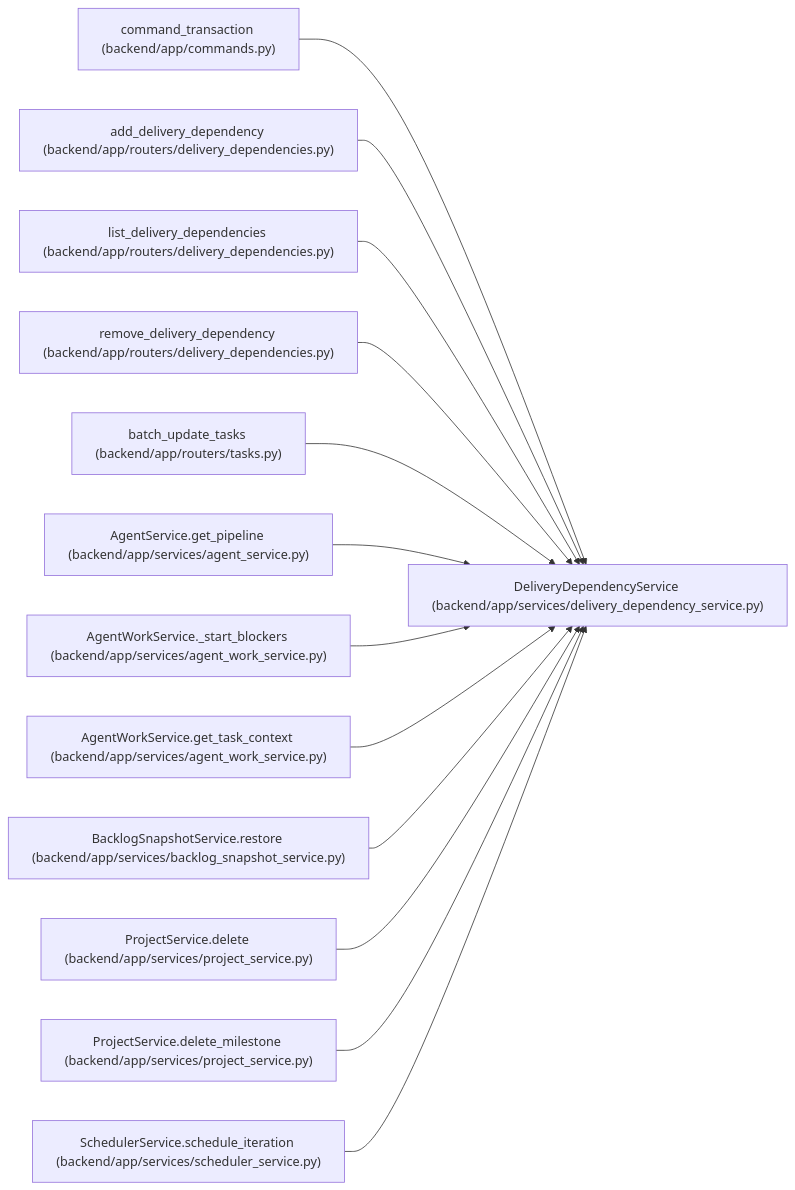
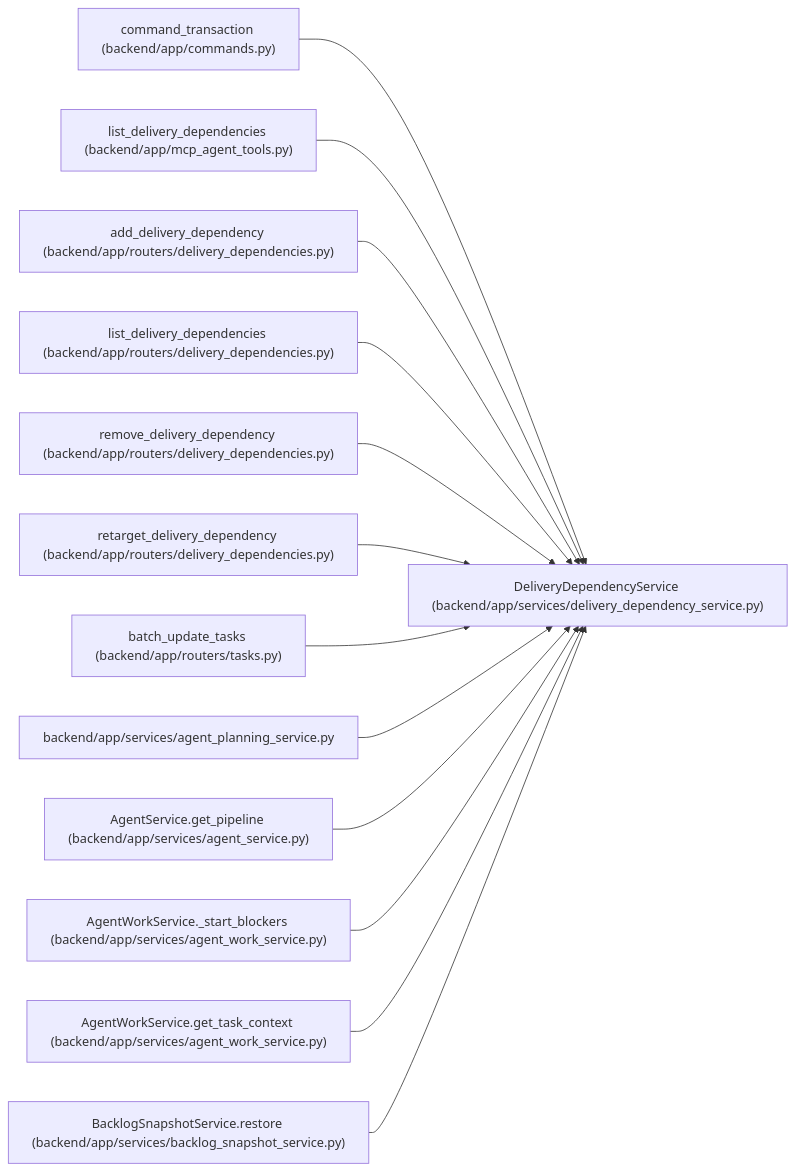
Before and after one commit to Denissvgn/WorkChord: the diagram in docs/llm_wiki/entities/DeliveryDependencyService.md, drawn with Mermaid. The commit also changed other lines of this file and 1420 other files, not shown here.

First line of the commit message:
Refresh the architectural wiki for the 1.10.0 changes

````diff
--- a/docs/llm_wiki/entities/DeliveryDependencyService.md
+++ b/docs/llm_wiki/entities/DeliveryDependencyService.md
@@ -38,41 +40,41 @@
 ```mermaid
 flowchart LR
     n0["DeliveryDependencyService (backend/app/services/delivery_dependency_service.py)"]
     n1["command_transaction (backend/app/commands.py)"]
-    n2["add_delivery_dependency (backend/app/routers/delivery_dependencies.py)"]
-    n3["list_delivery_dependencies (backend/app/routers/delivery_dependencies.py)"]
-    n4["remove_delivery_dependency (backend/app/routers/delivery_dependencies.py)"]
-    n5["batch_update_tasks (backend/app/routers/tasks.py)"]
-    n6["AgentService.get_pipeline (backend/app/services/agent_service.py)"]
-    n7["AgentWorkService._start_blockers (backend/app/services/agent_work_service.py)"]
-    n8["AgentWorkService.get_task_context (backend/app/services/agent_work_service.py)"]
-    n9["BacklogSnapshotService.restore (backend/app/services/backlog_snapshot_service.py)"]
-    n10["ProjectService.delete (backend/app/services/project_service.py)"]
-    n11["ProjectService.delete_milestone (backend/app/services/project_service.py)"]
-    n12["SchedulerService.schedule_iteration (backend/app/services/scheduler_service.py)"]
+    n2["list_delivery_dependencies (backend/app/mcp_agent_tools.py)"]
+    n3["add_delivery_dependency (backend/app/routers/delivery_dependencies.py)"]
+    n4["list_delivery_dependencies (backend/app/routers/delivery_dependencies.py)"]
+    n5["remove_delivery_dependency (backend/app/routers/delivery_dependencies.py)"]
+    n6["retarget_delivery_dependency (backend/app/routers/delivery_dependencies.py)"]
+    n7["batch_update_tasks (backend/app/routers/tasks.py)"]
+    n8["backend/app/services/agent_planning_service.py"]
+    n9["AgentService.get_pipeline (backend/app/services/agent_service.py)"]
+    n10["AgentWorkService._start_blockers (backend/app/services/agent_work_service.py)"]
+    n11["AgentWorkService.get_task_context (backend/app/services/agent_work_service.py)"]
+    n12["BacklogSnapshotService.restore (backend/app/services/backlog_snapshot_service.py)"]
     n1 --> n0
     n2 --> n0
     n3 --> n0
     n4 --> n0
     n5 --> n0
     n6 --> n0
     n7 --> n0
     n8 --> n0
     n9 --> n0
     n10 --> n0
     n11 --> n0
     n12 --> n0
     click n0 "../modules/delivery_dependency_service.md"
     click n1 "../modules/commands.md"
-    click n2 "../modules/delivery_dependencies.md"
+    click n2 "../modules/mcp_agent_tools.md"
     click n3 "../modules/delivery_dependencies.md"
     click n4 "../modules/delivery_dependencies.md"
-    click n5 "../modules/tasks.md"
-    click n6 "../modules/agent_service.md"
-    click n7 "../modules/agent_work_service.md"
-    click n8 "../modules/agent_work_service.md"
-    click n9 "../modules/backlog_snapshot_service.md"
-    click n10 "../modules/project_service.md"
-    click n11 "../modules/project_service.md"
-    click n12 "../modules/scheduler_service.md"
+    click n5 "../modules/delivery_dependencies.md"
+    click n6 "../modules/delivery_dependencies.md"
+    click n7 "../modules/tasks.md"
+    click n8 "../modules/agent_planning_service.md"
+    click n9 "../modules/agent_service.md"
+    click n10 "../modules/agent_work_service.md"
+    click n11 "../modules/agent_work_service.md"
+    click n12 "../modules/backlog_snapshot_service.md"
 ```
````
